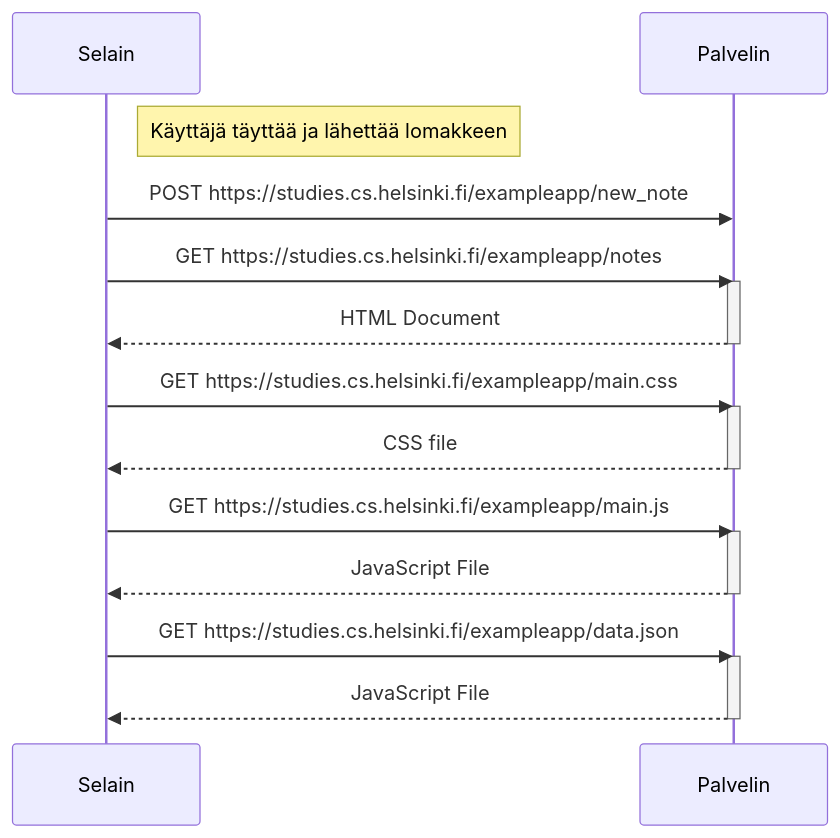
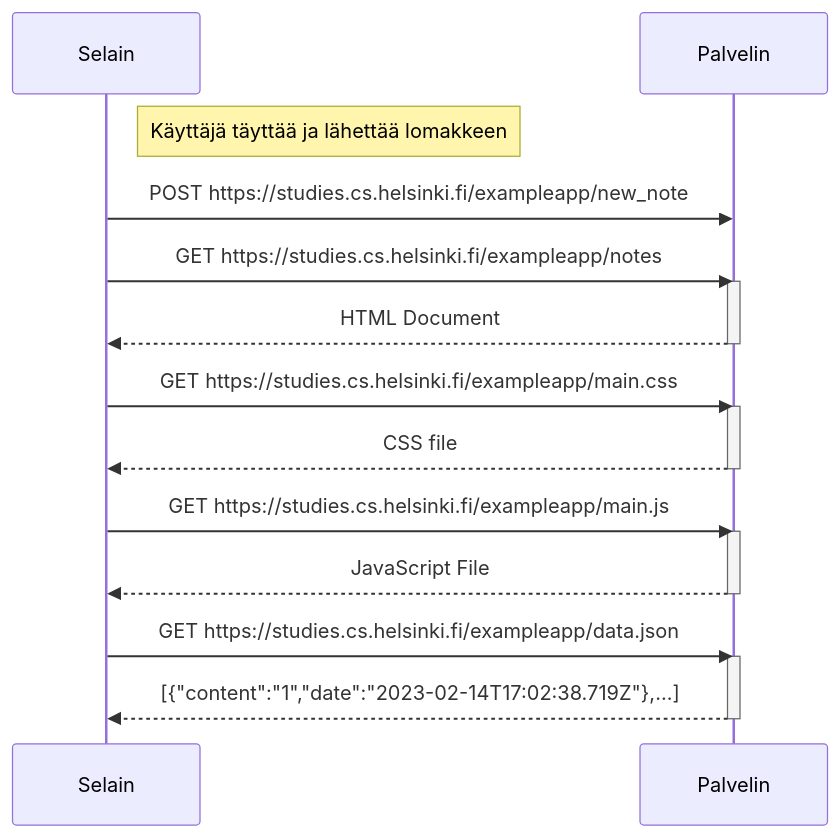
The diagram in Osa0/04.md (TeekkariTeemu/fullstack), drawn with Mermaid before and after one commit.

Commit message:
json content

````diff
--- a/Osa0/04.md
+++ b/Osa0/04.md
@@ -1,23 +1,23 @@
 ```mermaid
 sequenceDiagram
     participant Selain
     participant Palvelin
     Note right of Selain: Käyttäjä täyttää ja lähettää lomakkeen 
     Selain->>Palvelin: POST https://studies.cs.helsinki.fi/exampleapp/new_note
     Selain->>Palvelin: GET https://studies.cs.helsinki.fi/exampleapp/notes
     activate Palvelin
     Palvelin-->>Selain: HTML Document
     deactivate Palvelin
     Selain->>Palvelin: GET https://studies.cs.helsinki.fi/exampleapp/main.css
     activate Palvelin
     Palvelin-->>Selain: CSS file
     deactivate Palvelin
     Selain->>Palvelin: GET https://studies.cs.helsinki.fi/exampleapp/main.js
     activate Palvelin
     Palvelin-->>Selain: JavaScript File
     deactivate Palvelin
     Selain->>Palvelin: GET https://studies.cs.helsinki.fi/exampleapp/data.json
     activate Palvelin
-    Palvelin-->>Selain: JavaScript File
+    Palvelin-->>Selain: [{"content":"1","date":"2023-02-14T17:02:38.719Z"},...]
     deactivate Palvelin
 ```
````
